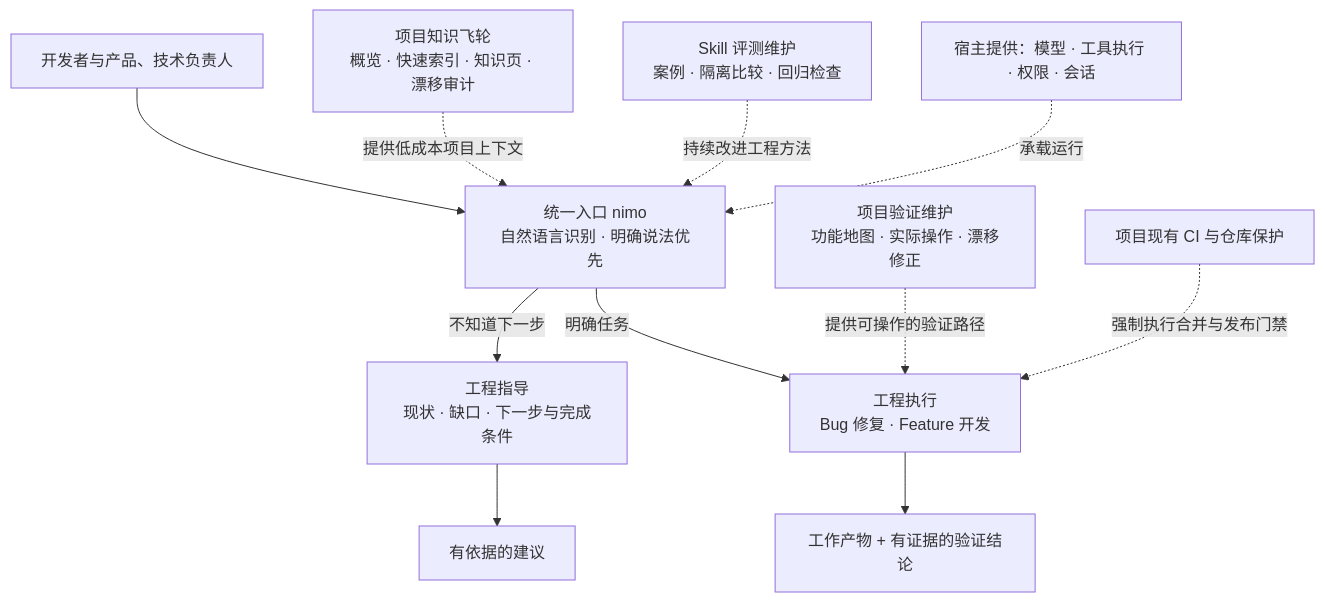
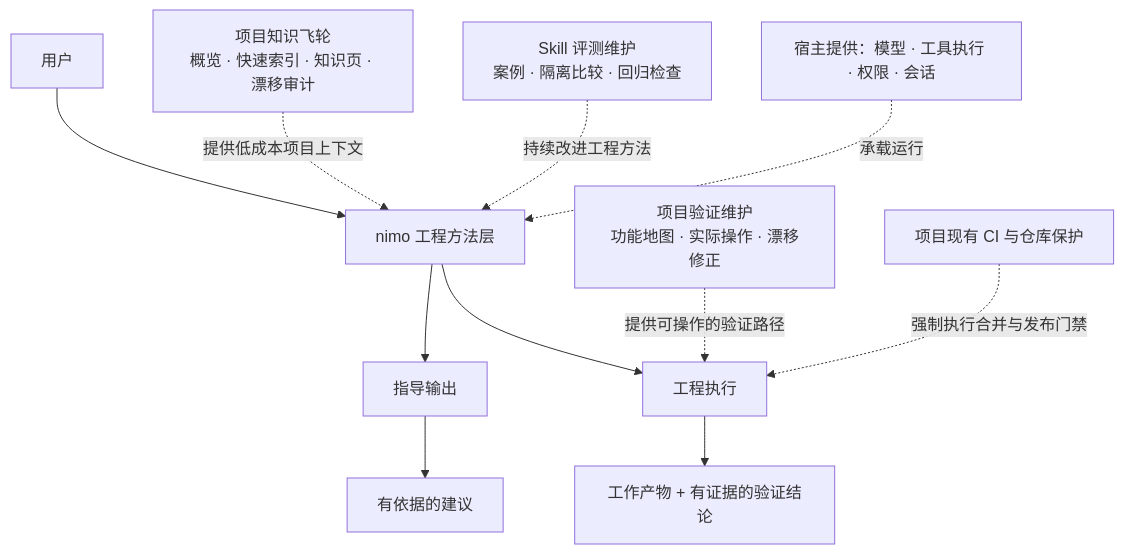
Before and after one commit to ttttstc/nimo: the second of 2 diagrams in README.md, drawn with Mermaid. The commit also changed other lines of this file, not shown here.

Commit message:
docs(readme): clarify manual knowledge edit flow

````diff
--- a/README.md
+++ b/README.md
@@ -214,13 +141,13 @@
 ```mermaid
 flowchart TB
-    U[开发者与产品、技术负责人] --> E[统一入口 nimo<br/>自然语言识别 · 明确说法优先]
-    E -->|不知道下一步| G[工程指导<br/>现状 · 缺口 · 下一步与完成条件]
-    E -->|明确任务| X[工程执行<br/>Bug 修复 · Feature 开发]
+    U[用户] --> E[nimo 工程方法层]
+    E --> G[指导输出]
+    E --> X[工程执行]
     G --> R[有依据的建议]
     X --> R2[工作产物 + 有证据的验证结论]
     V[项目验证维护<br/>功能地图 · 实际操作 · 漂移修正] -.提供可操作的验证路径.-> X
     K[项目知识飞轮<br/>概览 · 快速索引 · 知识页 · 漂移审计] -.提供低成本项目上下文.-> E
     A[Skill 评测维护<br/>案例 · 隔离比较 · 回归检查] -.持续改进工程方法.-> E
     H[宿主提供：模型 · 工具执行 · 权限 · 会话] -.承载运行.-> E
     CI[项目现有 CI 与仓库保护] -.强制执行合并与发布门禁.-> X
 ```
````
